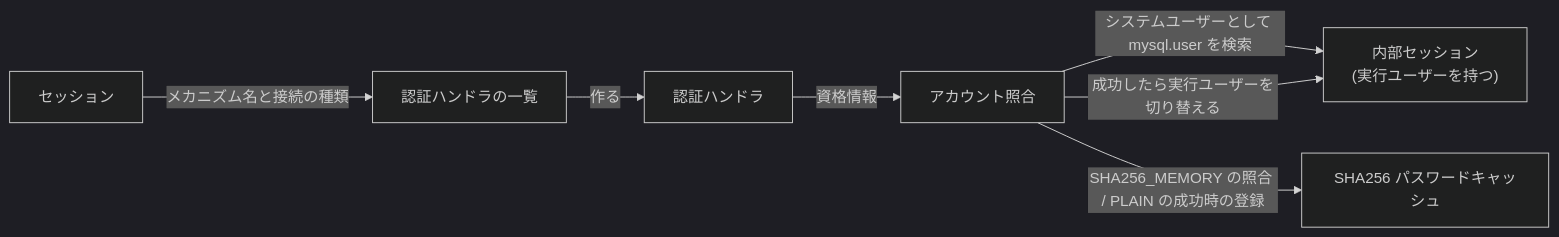
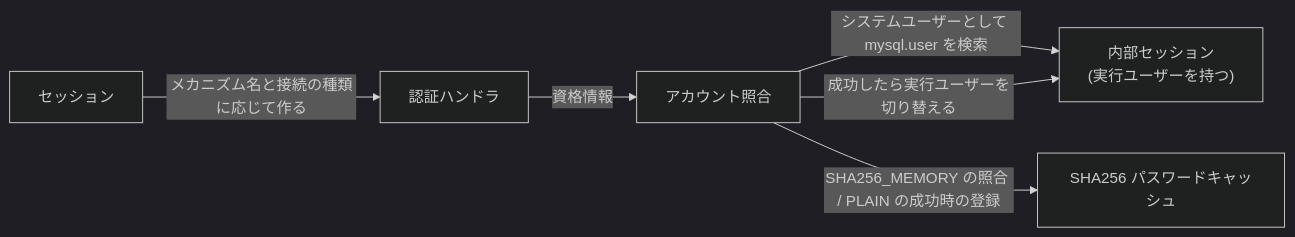
One commit to ren-yamanashi/minesql changed the first of 2 diagrams in docs/specification/connection/authentication.md. Above: the diagram before and after it, drawn with Mermaid (dark theme). The commit also changed other lines of this file and 1 other file, not shown here.

````diff
--- a/docs/specification/connection/authentication.md
+++ b/docs/specification/connection/authentication.md
@@ -26,9 +25,8 @@
 ```mermaid
 flowchart LR
-    S["セッション"] -->|"メカニズム名と接続の種類"| L["認証ハンドラの一覧"]
-    L -->|"作る"| A["認証ハンドラ"]
+    S["セッション"] -->|"メカニズム名と接続の種類に応じて作る"| A["認証ハンドラ"]
     A -->|"資格情報"| V["アカウント照合"]
     V -->|"システムユーザーとして mysql.user を検索"| I["内部セッション<br/>(実行ユーザーを持つ)"]
     V -->|"成功したら実行ユーザーを切り替える"| I
     V -->|"SHA256_MEMORY の照合 / PLAIN の成功時の登録"| C["SHA256 パスワードキャッシュ"]
 ```
````
